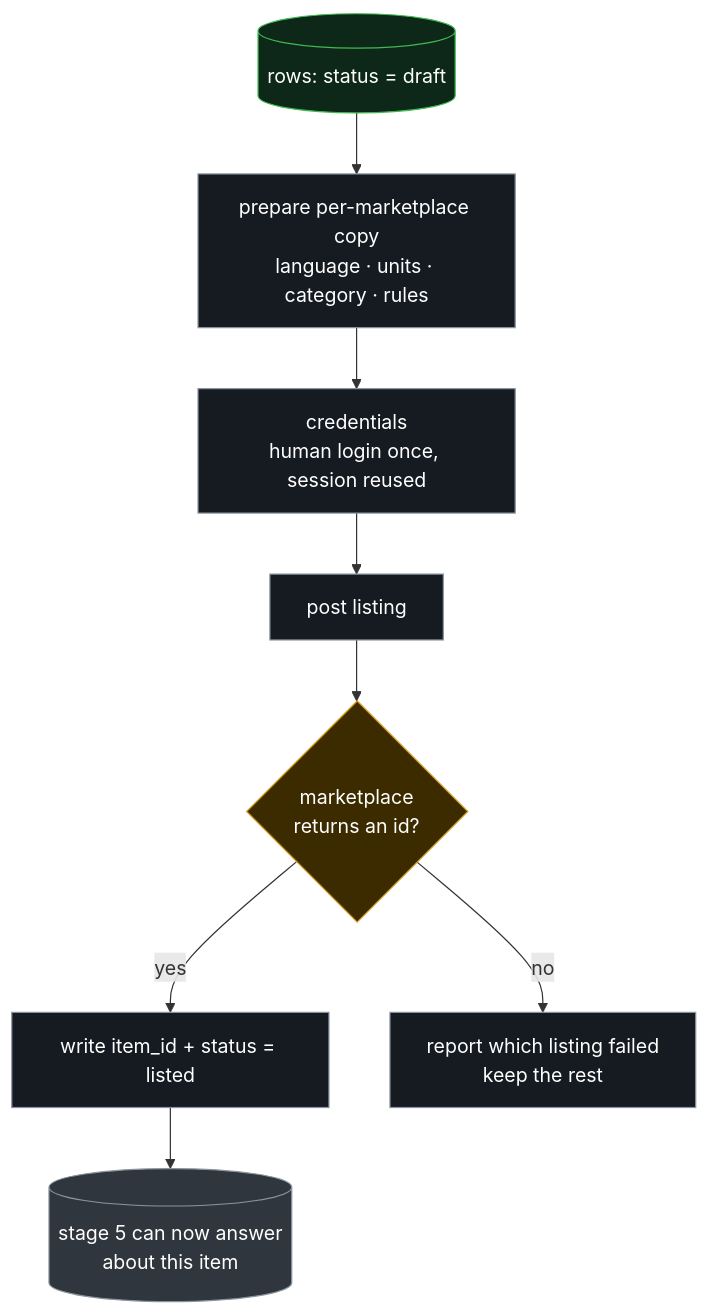
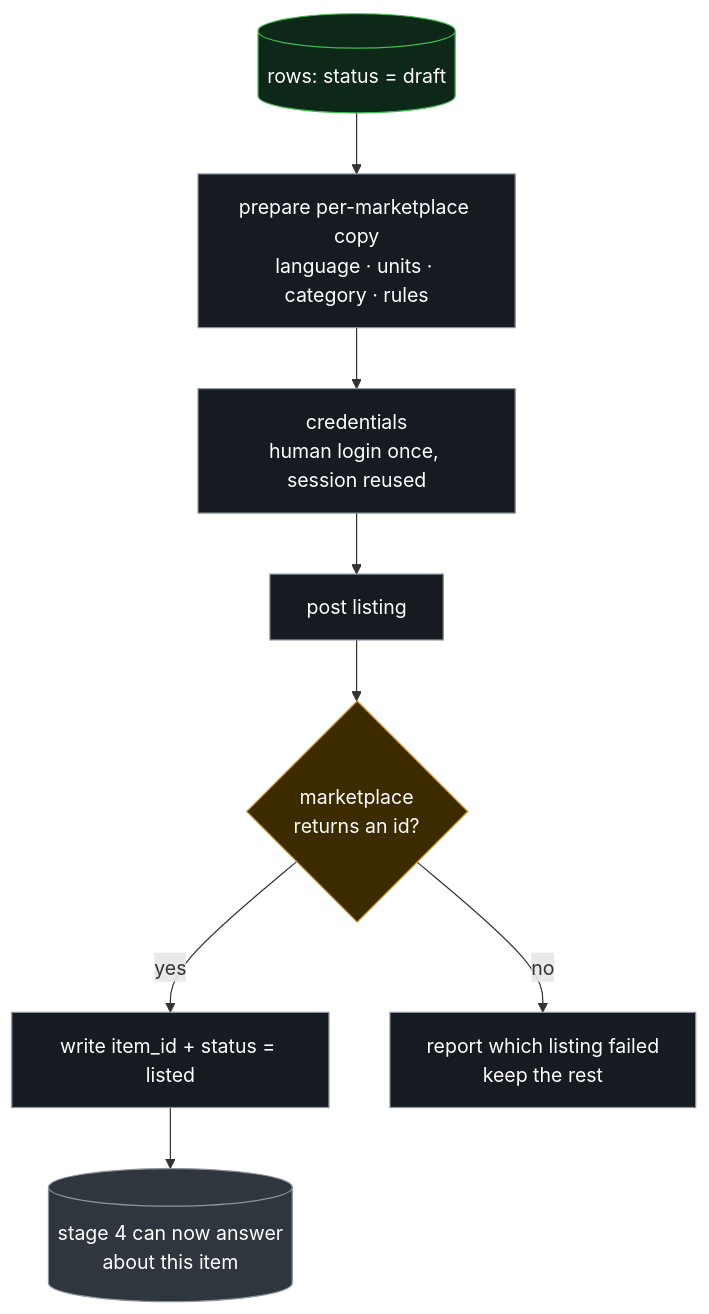
One commit to Dorten8/secondhand-ops changed the fourth of 6 diagrams in docs/architecture.md. Above: the diagram before and after it, drawn with Mermaid. The commit also changed other lines of this file and 1 other file, not shown here.

First line of the commit message:
docs(architecture): merge confirmation into registration — four stages

````diff
--- a/docs/architecture.md
+++ b/docs/architecture.md
@@ -161,15 +151,15 @@
 ```mermaid
 flowchart TB
     ROWS[("rows: status = draft")]:::db --> PREP["prepare per-marketplace copy<br/>language · units · category · rules"]:::b
     PREP --> CRED["credentials<br/>human login once, session reused"]:::b
     CRED --> POST["post listing"]:::b
     POST --> GOT{"marketplace<br/>returns an id?"}:::d
     GOT -->|"yes"| BACK["write item_id + status = listed"]:::b
     GOT -->|"no"| FAIL["report which listing failed<br/>keep the rest"]:::b
-    BACK --> DONE[("stage 5 can now answer<br/>about this item")]:::ext
+    BACK --> DONE[("stage 4 can now answer<br/>about this item")]:::ext
 
     classDef b fill:#161b22,stroke:#8b949e,color:#fff
     classDef db fill:#0d2818,stroke:#3fb950,color:#fff
     classDef d fill:#3d2b00,stroke:#d29922,color:#fff
     classDef ext fill:#30363d,stroke:#8b949e,color:#fff
 ```
````
